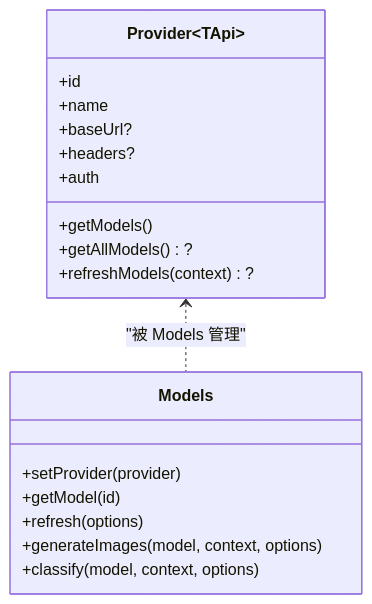
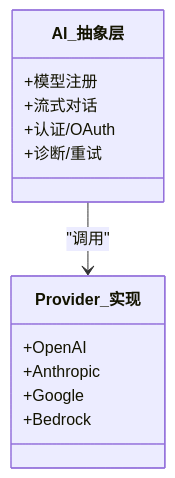
Before and after one commit to FDE-GROUP/oh-my-coding-agent: the fifth of 9 diagrams in .qoder/repowiki/zh/content/项目概述/架构概览.md, drawn with Mermaid. The commit also changed other lines of this file and 755 other files, not shown here.

````diff
--- a/.qoder/repowiki/zh/content/项目概述/架构概览.md
+++ b/.qoder/repowiki/zh/content/项目概述/架构概览.md
@@ -195,21 +218,16 @@
 ```mermaid
 classDiagram
-class Provider~TApi~ {
-+id
-+name
-+baseUrl?
-+headers?
-+auth
-+getModels()
-+getAllModels()?
-+refreshModels(context)?
+class AI_抽象层 {
++模型注册
++流式对话
++认证/OAuth
++诊断/重试
 }
-class Models {
-+setProvider(provider)
-+getModel(id)
-+refresh(options)
-+generateImages(model, context, options)
-+classify(model, context, options)
+class Provider_实现 {
++OpenAI
++Anthropic
++Google
++Bedrock
 }
-Provider <.. Models : "被 Models 管理"
+AI_抽象层 --> Provider_实现 : "调用"
 ```
````
